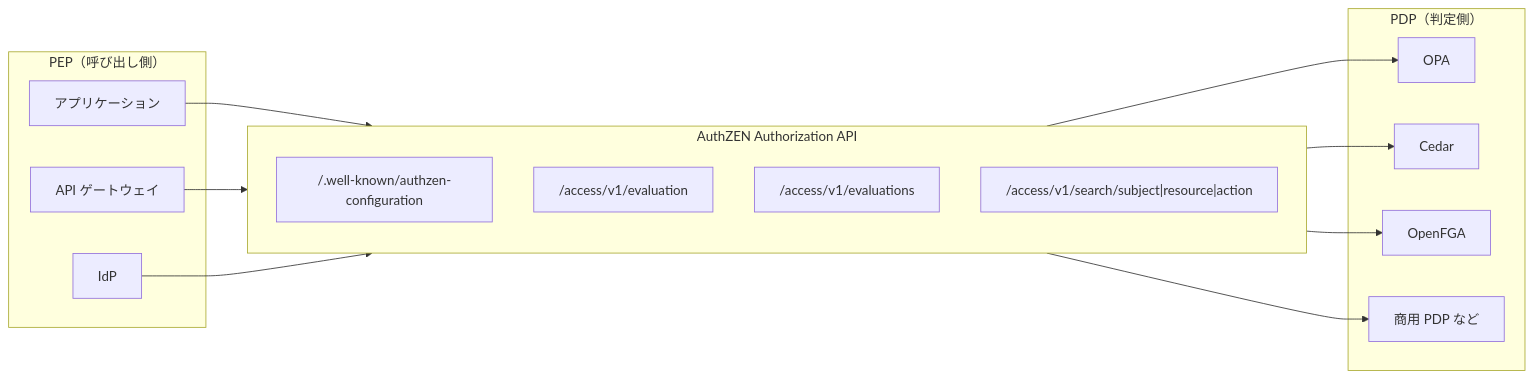
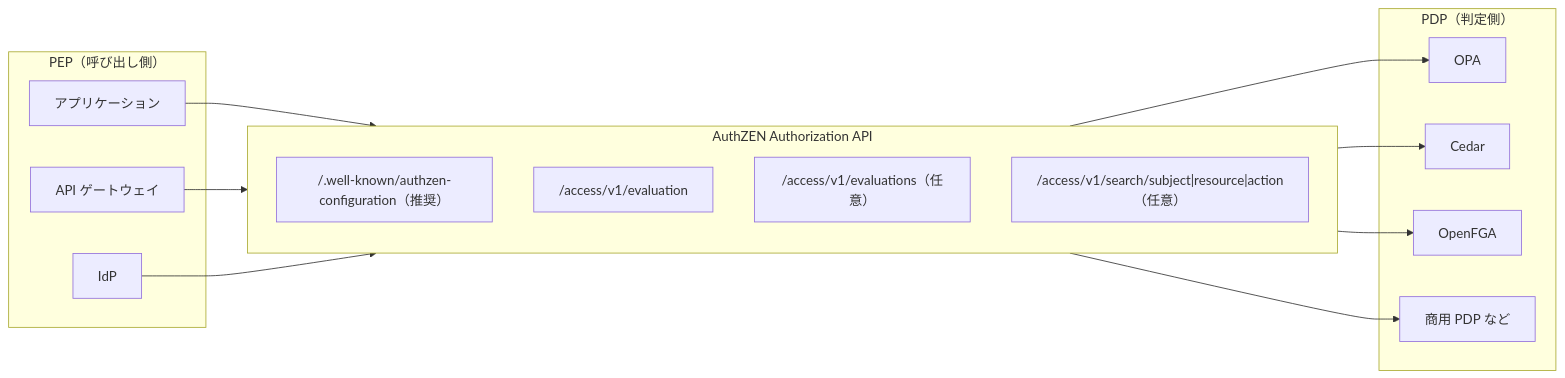
Before and after one commit to bmf-san/bmf-tech: the diagram in content/ja/posts/authzen-authorization-api.md, drawn with Mermaid. The commit also changed other lines of this file and 1 other file, not shown here.

Commit message:
fix: AuthZEN の記事の全体像の図とまとめを本文の任意・推奨と筆者の読みに合わせる
- 図の一括判定と検索を任意、メタデータを推奨と示した（§9.1.1、§9）
- まとめの「同じ口を持てる」を、変換層を挟むなどして同じ API の後ろに置ける、と本文に合わせた
- 相互運用の最後のイベント名を表と同じ Gartner IAM US 2025 にそろえた

````diff
--- a/content/ja/posts/authzen-authorization-api.md
+++ b/content/ja/posts/authzen-authorization-api.md
@@ -39,27 +39,27 @@
 ```mermaid
 flowchart LR
     subgraph PEPs["PEP（呼び出し側）"]
         APP["アプリケーション"]
         GW["API ゲートウェイ"]
         IDP["IdP"]
     end
     subgraph API["AuthZEN Authorization API"]
-        META["/.well-known/authzen-configuration"]
+        META["/.well-known/authzen-configuration（推奨）"]
         EV["/access/v1/evaluation"]
-        EVS["/access/v1/evaluations"]
-        SR["/access/v1/search/subject|resource|action"]
+        EVS["/access/v1/evaluations（任意）"]
+        SR["/access/v1/search/subject|resource|action（任意）"]
     end
     subgraph PDPs["PDP（判定側）"]
         OPA["OPA"]
         CEDAR["Cedar"]
         FGA["OpenFGA"]
         OTHER["商用 PDP など"]
     end
     APP --> API
     GW --> API
     IDP --> API
     API --> OPA
     API --> CEDAR
     API --> FGA
     API --> OTHER
 ```
````
